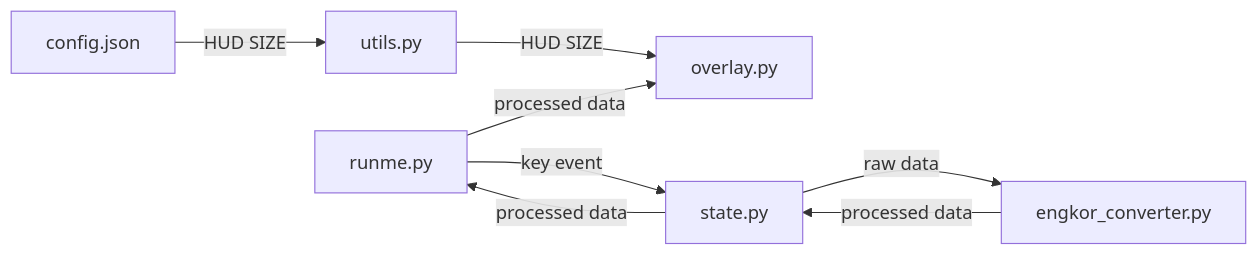
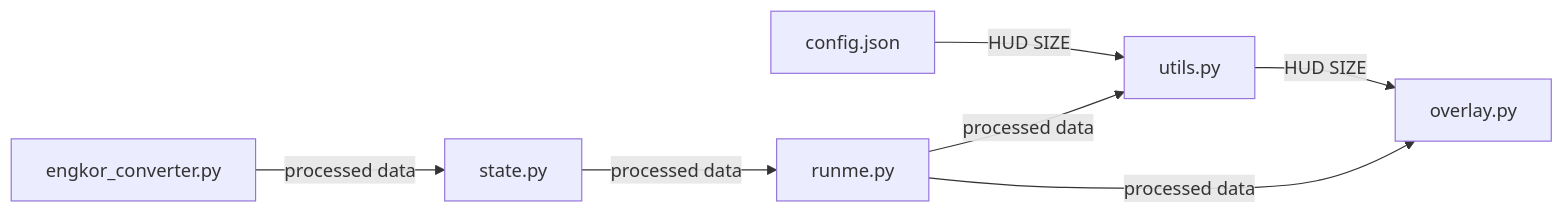
One commit to amature0000/engkor_converter changed the diagram in readme.md. Above: the diagram before and after it, drawn with Mermaid.

````diff
--- a/readme.md
+++ b/readme.md
@@ -10,12 +10,11 @@
 ```mermaid
 flowchart LR
 
     config.json -->|HUD SIZE| U[utils.py]
     U -->|HUD SIZE| O[overlay.py]
     
-    M[runme.py] -->|key event| S[state.py]
-    S -->|raw data| C[engkor_converter.py]
-    C -->|processed data| S
-    S -->|processed data| M
+    C[engkor_converter.py] -->|processed data| S
+    S[state.py] -->|processed data| M[runme.py]
     M -->|processed data| O
+    M -->|processed data| U
 ```
````
